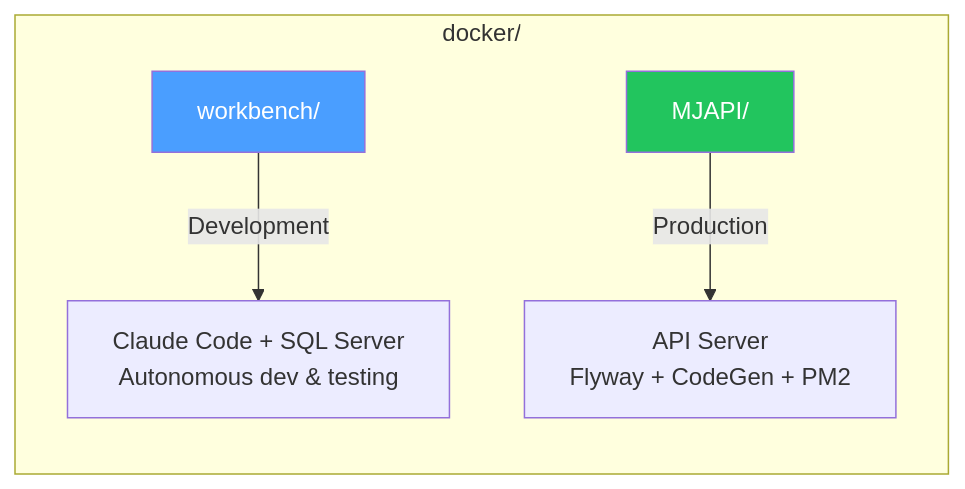
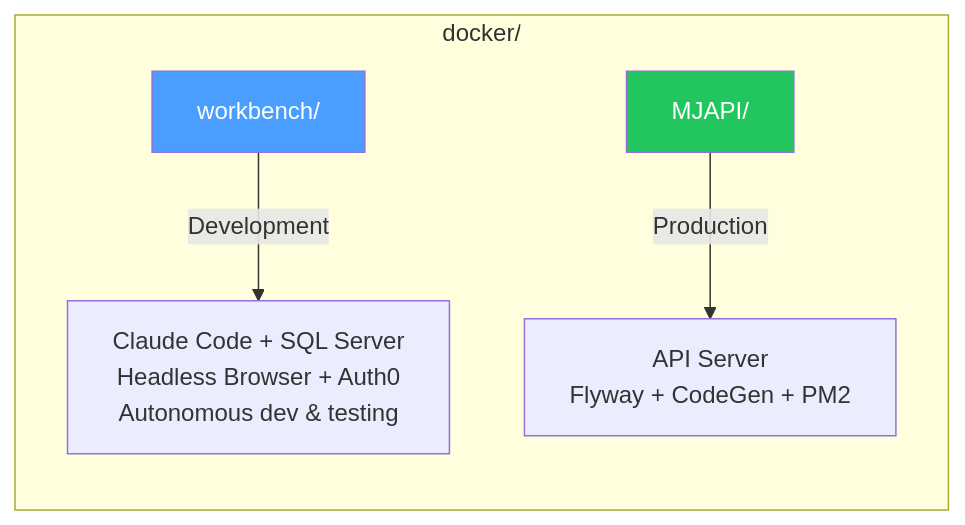
One commit to MemberJunction/MJ changed the diagram in docker/README.md. Above: the diagram before and after it, drawn with Mermaid. The commit also changed other lines of this file and 9 other files, not shown here.

````diff
--- a/docker/README.md
+++ b/docker/README.md
@@ -5,10 +5,10 @@
 ```mermaid
 graph LR
     subgraph "docker/"
-        A["workbench/"] -->|Development| B["Claude Code + SQL Server<br/>Autonomous dev & testing"]
+        A["workbench/"] -->|Development| B["Claude Code + SQL Server<br/>Headless Browser + Auth0<br/>Autonomous dev & testing"]
         C["MJAPI/"] -->|Production| D["API Server<br/>Flyway + CodeGen + PM2"]
     end
 
     style A fill:#4a9eff,color:#fff
     style C fill:#22c55e,color:#fff
 ```
````
